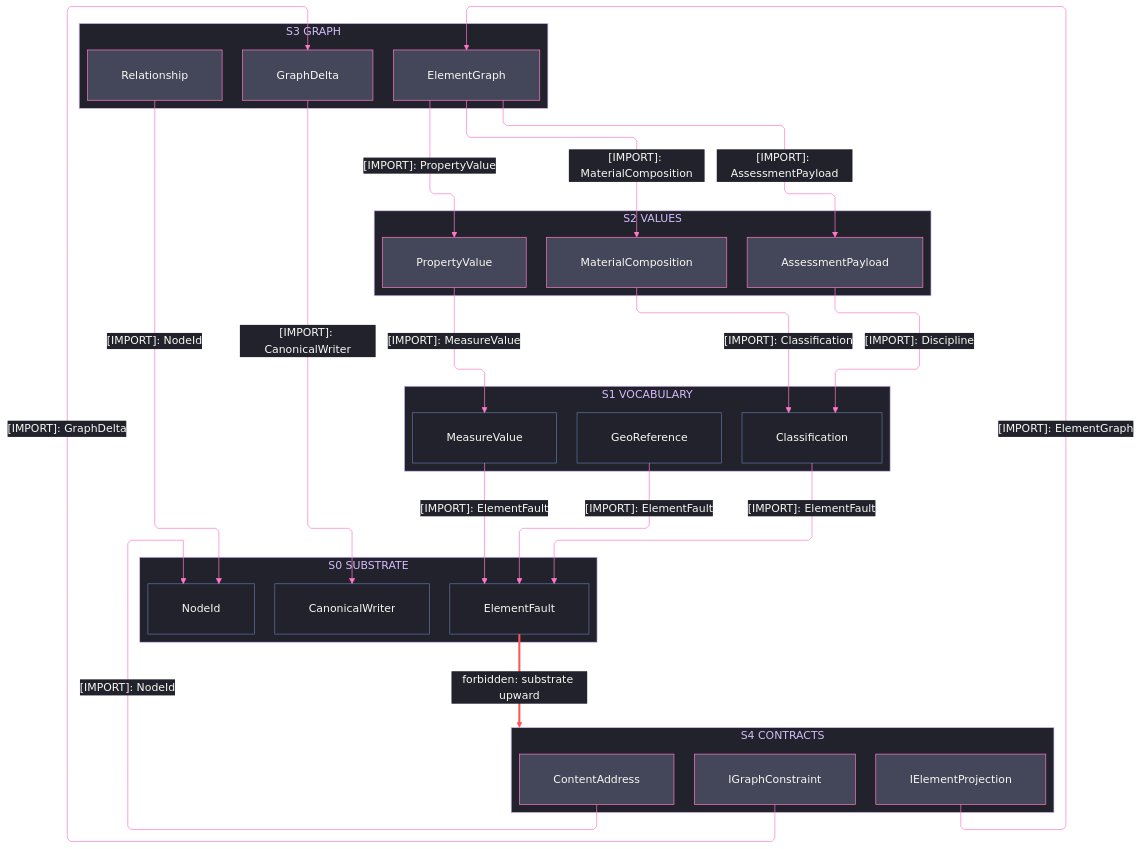
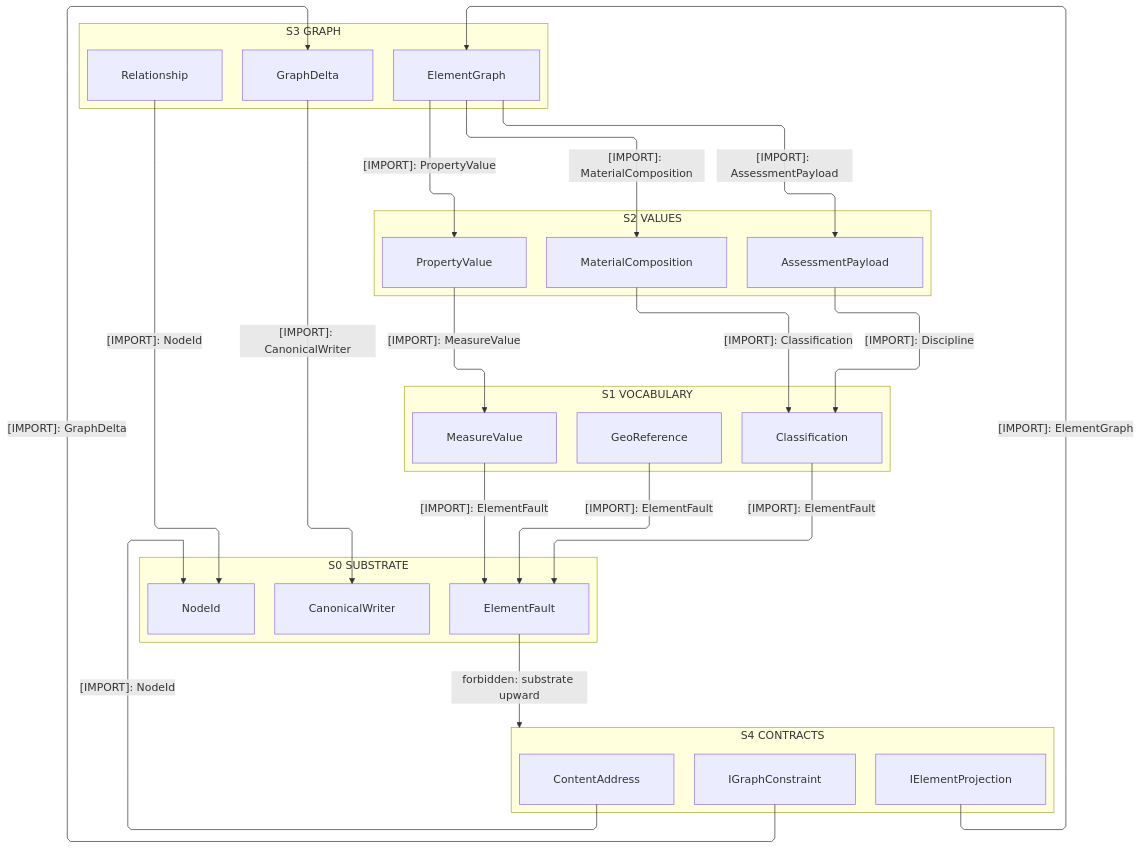
Before and after one commit to bsamiee/Rasm: the first of 3 diagrams in libs/csharp/Rasm.Element/ARCHITECTURE.md, drawn with Mermaid. The commit also changed other lines of this file and 460 other files, not shown here.

````diff
--- a/libs/csharp/Rasm.Element/ARCHITECTURE.md
+++ b/libs/csharp/Rasm.Element/ARCHITECTURE.md
@@ -47,79 +47,52 @@
 ```mermaid
 ---
 config:
-  theme: base
-  look: classic
   layout: elk
   flowchart:
     curve: linear
     padding: 25
-  themeVariables:
-    darkMode: true
-    fontFamily: "SF Mono, Menlo, Cascadia Mono, Segoe UI Mono, Consolas, monospace"
-    useGradient: false
-    dropShadow: "none"
-    background: "#282A36"
-    primaryColor: "#44475A"
-    primaryTextColor: "#F8F8F2"
-    primaryBorderColor: "#BD93F9"
-    lineColor: "#FF79C6"
-    textColor: "#F8F8F2"
-    clusterBkg: "#21222C"
-    clusterBorder: "#D6BCFA"
-    edgeLabelBackground: "#21222C"
-    labelBackgroundColor: "#21222C"
-    titleColor: "#D6BCFA"
-  themeCSS: ".nodeLabel{font-size:13px;font-weight:500}.edgeLabel{font-size:12px;font-weight:500}.cluster-label .nodeLabel{font-size:13.5px;font-weight:700;letter-spacing:.08em}.edge-thickness-normal{stroke-width:2px}.edge-thickness-thick{stroke-width:3px}.edge-pattern-dashed,.edge-pattern-dotted{stroke-width:1.5px;stroke-dasharray:4 6}.node rect,.node circle,.node polygon,.node path,.node .outer-path{stroke-width:1.5px;filter:none!important}.cluster rect{stroke-width:1px!important;stroke-dasharray:5 4!important;filter:none!important}.marker path{transform:scale(.8);transform-origin:5px 5px}.marker circle{transform:scale(.48);transform-origin:5px 5px}.edgeLabel rect{transform-box:fill-box;transform-origin:center;transform:scale(1.1,1.2)}"
 ---
 flowchart TB
     accTitle: Rasm.Element interior strata
-    accDescr: Five member-resolved strata from the projection contracts and content codec through the element graph and its value and vocabulary families onto the fault-and-key substrate, every consumption edge downward and solid naming one sourced type, and one forbidden upward edge styled red.
+    accDescr: Five member-resolved strata from the projection contracts and content codec through the element graph and its value and vocabulary families onto the fault-and-key substrate, every consumption edge downward naming one sourced type, and one forbidden upward edge marked.
     subgraph L4["S4 CONTRACTS"]
         IProjection[IElementProjection]
         IConstraint[IGraphConstraint]
         Address[ContentAddress]
     end
     subgraph L3["S3 GRAPH"]
         ElementGraph[ElementGraph]
         Delta[GraphDelta]
         Relationship[Relationship]
     end
     subgraph L2["S2 VALUES"]
         Property[PropertyValue]
         Composition[MaterialComposition]
         Payload[AssessmentPayload]
     end
     subgraph L1["S1 VOCABULARY"]
         Classification[Classification]
         Measure[MeasureValue]
         GeoReference[GeoReference]
     end
     subgraph L0["S0 SUBSTRATE"]
         Fault[ElementFault]
         Writer[CanonicalWriter]
         NodeId[NodeId]
     end
-    IProjection e1@-->|"[IMPORT]: ElementGraph"| ElementGraph
-    IConstraint e2@-->|"[IMPORT]: GraphDelta"| Delta
-    Address e3@-->|"[IMPORT]: NodeId"| NodeId
-    ElementGraph e4@-->|"[IMPORT]: PropertyValue"| Property
-    ElementGraph e5@-->|"[IMPORT]: MaterialComposition"| Composition
-    ElementGraph e6@-->|"[IMPORT]: AssessmentPayload"| Payload
-    Delta e7@-->|"[IMPORT]: CanonicalWriter"| Writer
-    Relationship e8@-->|"[IMPORT]: NodeId"| NodeId
-    Property e9@-->|"[IMPORT]: MeasureValue"| Measure
-    Payload e10@-->|"[IMPORT]: Discipline"| Classification
-    Composition e11@-->|"[IMPORT]: Classification"| Classification
-    Classification e12@-->|"[IMPORT]: ElementFault"| Fault
-    GeoReference e13@-->|"[IMPORT]: ElementFault"| Fault
-    Measure e14@-->|"[IMPORT]: ElementFault"| Fault
-    Fault f1@-->|"forbidden: substrate upward"| L4
-    classDef primary fill:#44475A,stroke:#FF79C6,color:#F8F8F2
-    classDef recessed fill:#21222C,stroke:#6272A4,color:#F8F8F2
-    classDef edgeControl stroke:#FF79C6,color:#F8F8F2
-    classDef edgeError stroke:#FF5555,stroke-width:3px,color:#F8F8F2
-    class IProjection,IConstraint,Address,ElementGraph,Delta,Relationship,Property,Composition,Payload primary
-    class Classification,Measure,GeoReference,Fault,Writer,NodeId recessed
-    class e1,e2,e3,e4,e5,e6,e7,e8,e9,e10,e11,e12,e13,e14 edgeControl
-    class f1 edgeError
+    IProjection -->|"[IMPORT]: ElementGraph"| ElementGraph
+    IConstraint -->|"[IMPORT]: GraphDelta"| Delta
+    Address -->|"[IMPORT]: NodeId"| NodeId
+    ElementGraph -->|"[IMPORT]: PropertyValue"| Property
+    ElementGraph -->|"[IMPORT]: MaterialComposition"| Composition
+    ElementGraph -->|"[IMPORT]: AssessmentPayload"| Payload
+    Delta -->|"[IMPORT]: CanonicalWriter"| Writer
+    Relationship -->|"[IMPORT]: NodeId"| NodeId
+    Property -->|"[IMPORT]: MeasureValue"| Measure
+    Payload -->|"[IMPORT]: Discipline"| Classification
+    Composition -->|"[IMPORT]: Classification"| Classification
+    Classification -->|"[IMPORT]: ElementFault"| Fault
+    GeoReference -->|"[IMPORT]: ElementFault"| Fault
+    Measure -->|"[IMPORT]: ElementFault"| Fault
+    Fault -->|"forbidden: substrate upward"| L4
 ```
````
